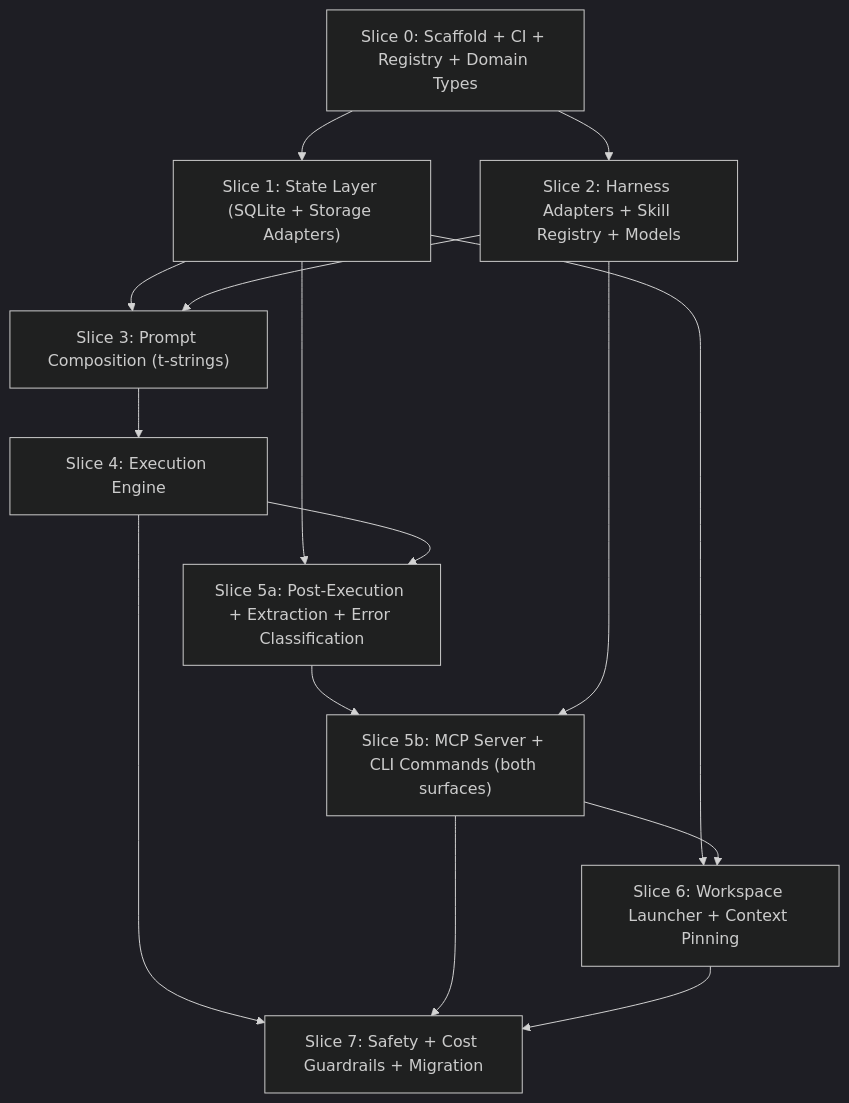
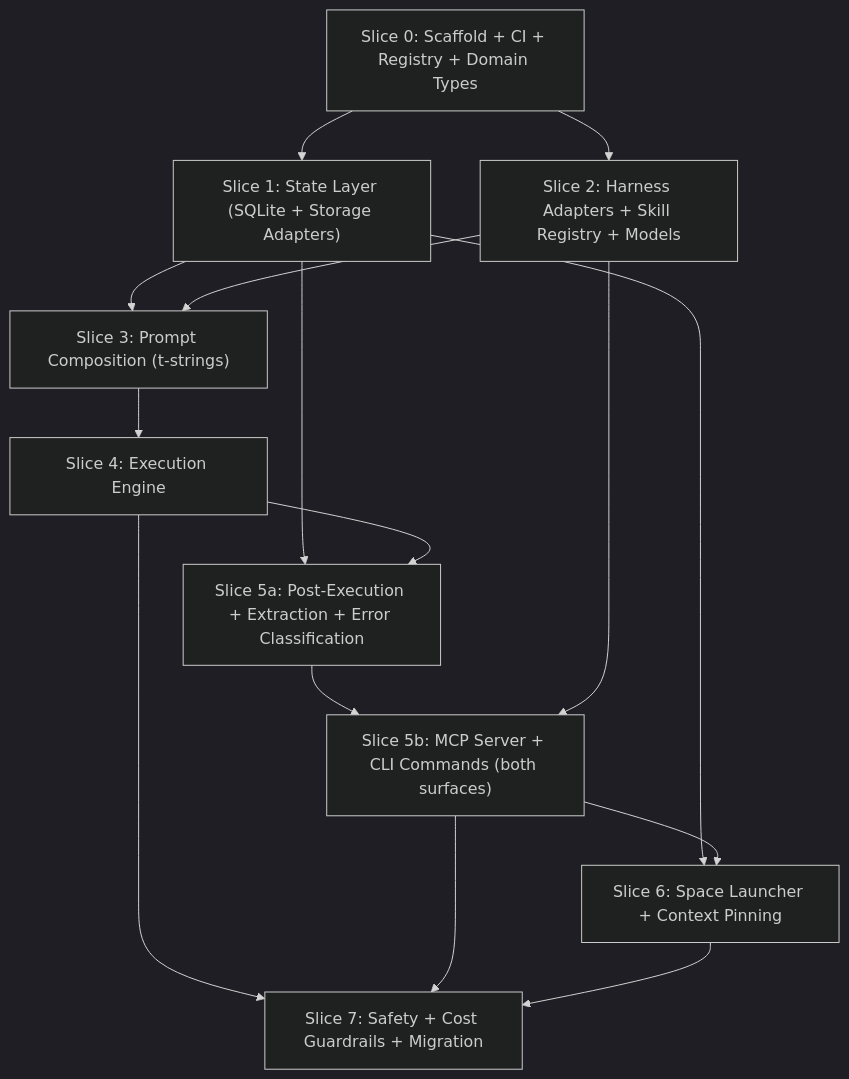
The diagram in _docs/plans/meridian-channel/_archive/design/README.md (haowjy/meridian-flow), drawn with Mermaid (dark theme) before and after one commit. The commit also changed other lines of this file and 58 other files, not shown here.

First line of the commit message:
refactor: rename workspace → space across meridian-channel codebase

````diff
--- a/_docs/plans/meridian-channel/_archive/design/README.md
+++ b/_docs/plans/meridian-channel/_archive/design/README.md
@@ -52,27 +52,27 @@
 ```mermaid
 graph TD
     S0["Slice 0: Scaffold + CI + Registry + Domain Types"]
     S1["Slice 1: State Layer (SQLite + Storage Adapters)"]
     S2["Slice 2: Harness Adapters + Skill Registry + Models"]
     S3["Slice 3: Prompt Composition (t-strings)"]
     S4["Slice 4: Execution Engine"]
     S5a["Slice 5a: Post-Execution + Extraction + Error Classification"]
     S5b["Slice 5b: MCP Server + CLI Commands (both surfaces)"]
-    S6["Slice 6: Workspace Launcher + Context Pinning"]
+    S6["Slice 6: Space Launcher + Context Pinning"]
     S7["Slice 7: Safety + Cost Guardrails + Migration"]
 
     S0 --> S1
     S0 --> S2
     S1 --> S3
     S2 --> S3
     S3 --> S4
     S1 --> S5a
     S4 --> S5a
     S5a --> S5b
     S2 --> S5b
     S1 --> S6
     S5b --> S6
     S4 --> S7
     S5b --> S7
     S6 --> S7
 ```
````
